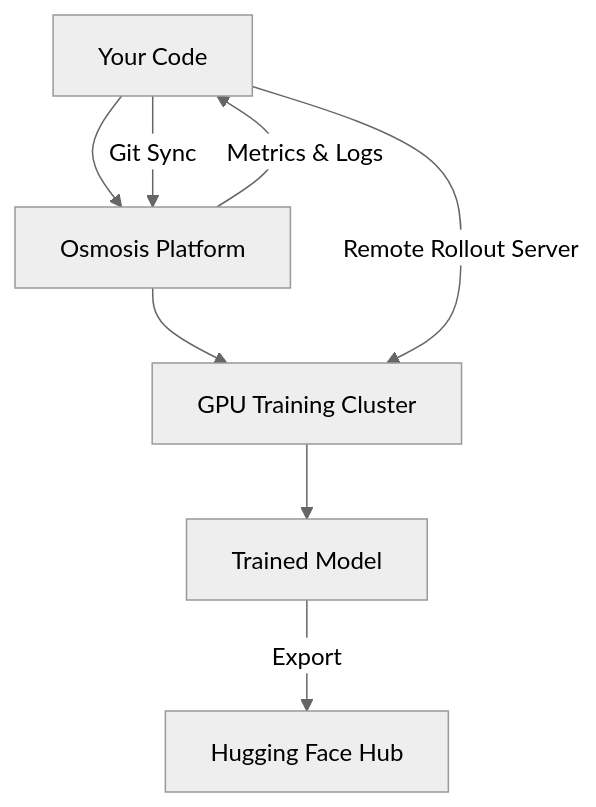
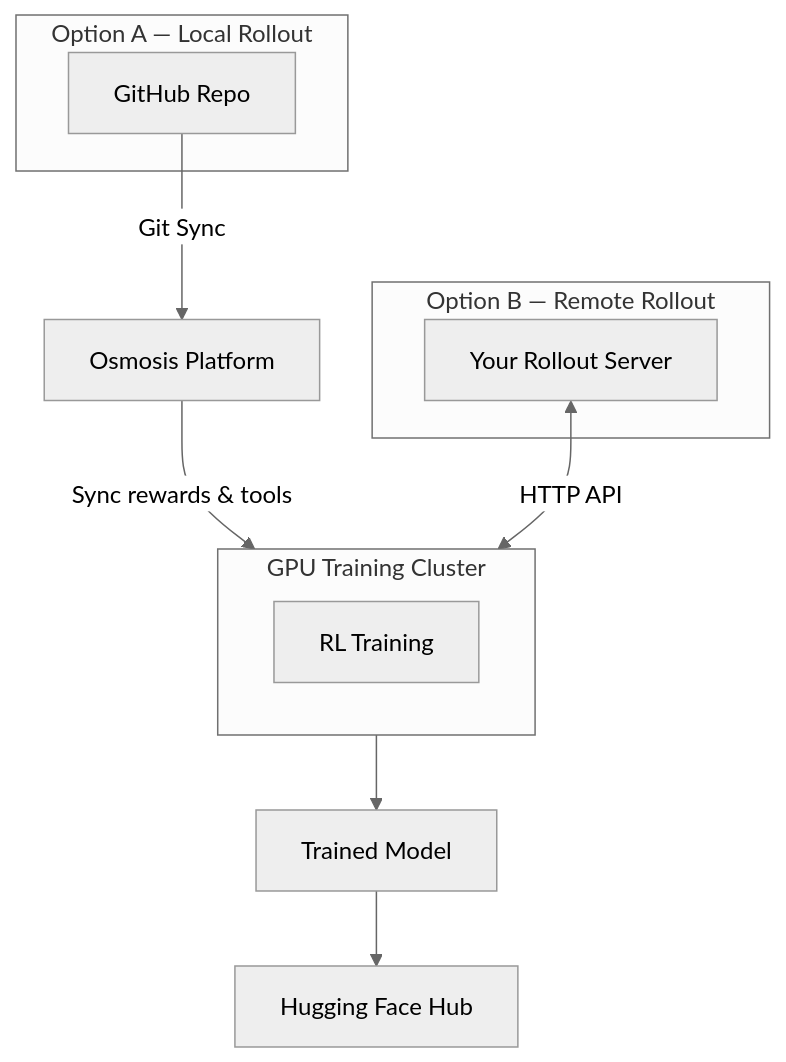
Before and after one commit to Osmosis-AI/docs: the diagram in platform/overview.mdx, drawn with Mermaid (neutral theme). The commit also changed other lines of this file and 11 other files, not shown here.

Commit message:
Revise introduction and platform documentation: update title and description for clarity, enhance the structure of the Git Sync section, and introduce the concept of rollouts with detailed steps. Adjust references to "Git Sync" to "Local Rollout" for consistency across the documentation.

````diff
--- a/platform/overview.mdx
+++ b/platform/overview.mdx
@@ -22,11 +25,22 @@
 ```mermaid
-graph TB
-    U[Your Code] --> P[Osmosis Platform]
-    P --> G[GPU Training Cluster]
-    G --> M[Trained Model]
+graph TD
+    subgraph A["Option A — Local Rollout"]
+        GR[GitHub Repo]
+    end
 
-    U -- "Git Sync" --> P
-    U -- "Remote Rollout Server" --> G
-    P -- "Metrics & Logs" --> U
-    M -- "Export" --> HF[Hugging Face Hub]
+    subgraph B["Option B — Remote Rollout"]
+        RS[Your Rollout Server]
+    end
+
+    GR -- "Git Sync" --> P[Osmosis Platform]
+    P -- "Sync rewards & tools" --> C
+
+    RS <-- "HTTP API" --> C
+
+    subgraph C["GPU Training Cluster"]
+        RL[RL Training]
+    end
+
+    C --> M[Trained Model]
+    M --> HF[Hugging Face Hub]
 ```
````
